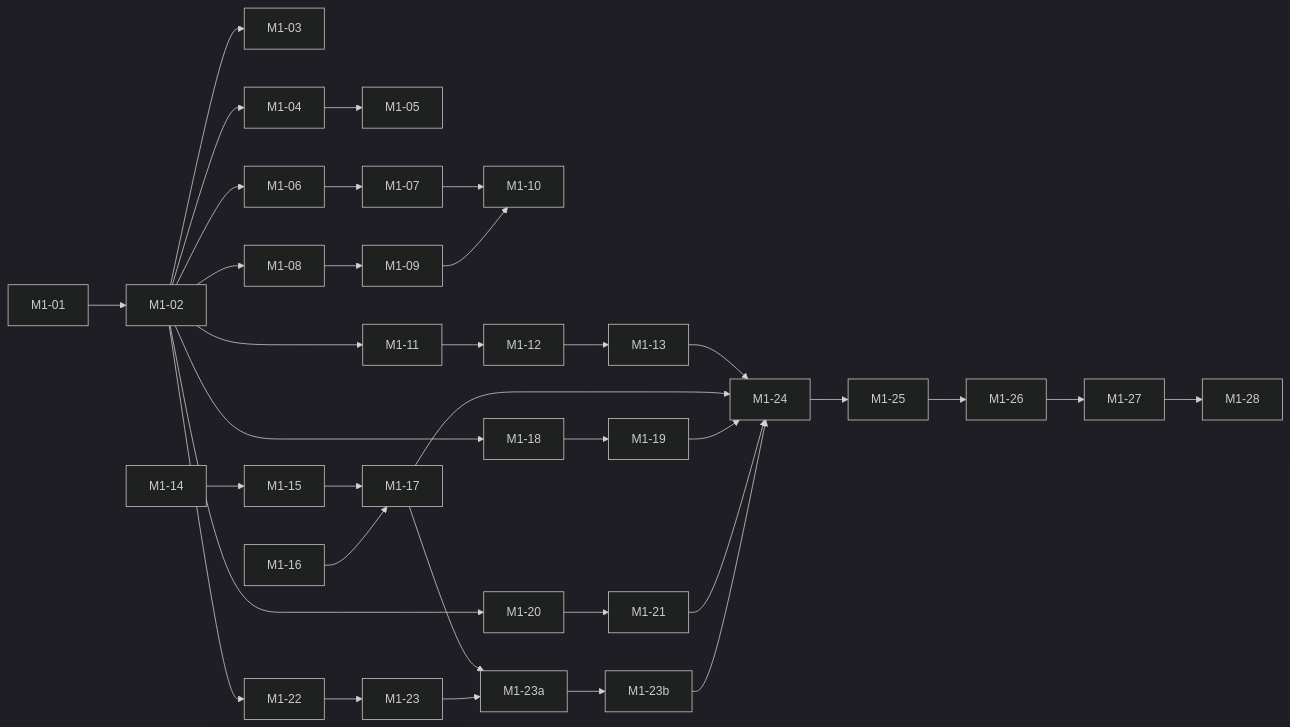
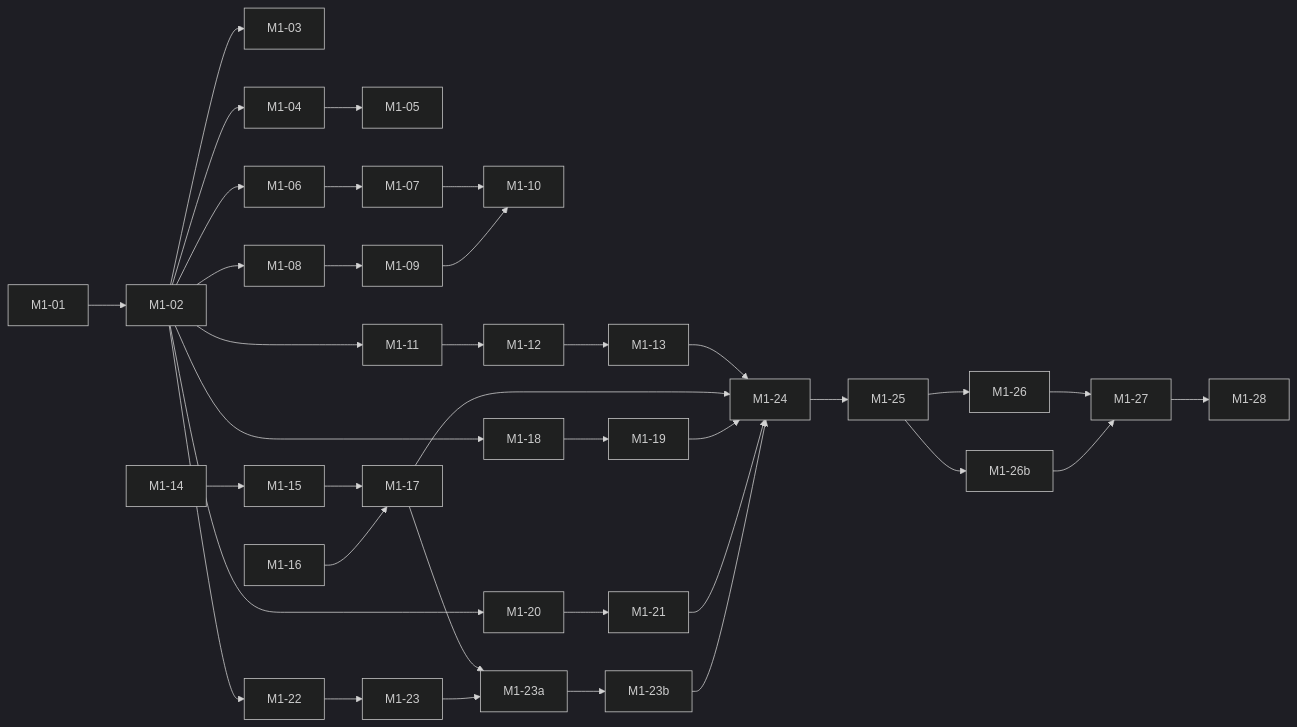
The diagram in docs/plans/m1-mvp.md (thevladimirzh/s3-bypass-desktop), drawn with Mermaid (dark theme) before and after one commit. The commit also changed other lines of this file, not shown here.

````diff
--- a/docs/plans/m1-mvp.md
+++ b/docs/plans/m1-mvp.md
@@ -168,16 +178,17 @@
 ```mermaid
 graph LR
   M1-01 --> M1-02 --> M1-03
   M1-02 --> M1-04 --> M1-05
   M1-02 --> M1-06 --> M1-07
   M1-02 --> M1-08 --> M1-09
   M1-07 & M1-09 --> M1-10
   M1-02 --> M1-11 --> M1-12 --> M1-13
   M1-14 --> M1-15 --> M1-17
   M1-16 --> M1-17
   M1-02 --> M1-18 --> M1-19
   M1-02 --> M1-20 --> M1-21
   M1-02 --> M1-22 --> M1-23
   M1-17 & M1-23 --> M1-23a --> M1-23b
   M1-13 & M1-17 & M1-19 & M1-21 & M1-23b --> M1-24 --> M1-25 --> M1-26 --> M1-27 --> M1-28
+  M1-25 --> M1-26b --> M1-27
 ```
````
